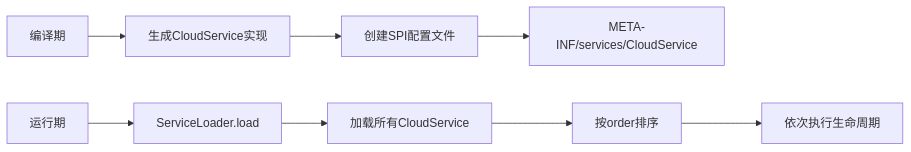
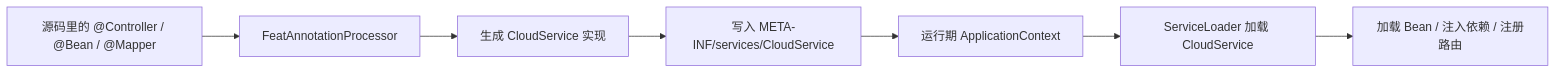
One commit to smartboot/feat changed the diagram in pages/src/content/docs/appendix/aot.mdx. Above: the diagram before and after it, drawn with Mermaid. The commit also changed other lines of this file and 42 other files, not shown here.

````diff
--- a/pages/src/content/docs/appendix/aot.mdx
+++ b/pages/src/content/docs/appendix/aot.mdx
@@ -183,11 +13,9 @@
 ```mermaid
-graph LR
-    A[编译期] --> B[生成CloudService实现]
-    B --> C[创建SPI配置文件]
-    C --> D[META-INF/services/CloudService]
-    
-    E[运行期] --> F[ServiceLoader.load]
-    F --> G[加载所有CloudService]
-    G --> H[按order排序]
-    H --> I[依次执行生命周期]
+flowchart LR
+    A["源码里的 @Controller / @Bean / @Mapper"] --> B["FeatAnnotationProcessor"]
+    B --> C["生成 CloudService 实现"]
+    C --> D["写入 META-INF/services/CloudService"]
+    D --> E["运行期 ApplicationContext"]
+    E --> F["ServiceLoader 加载 CloudService"]
+    F --> G["加载 Bean / 注入依赖 / 注册路由"]
 ```
````
